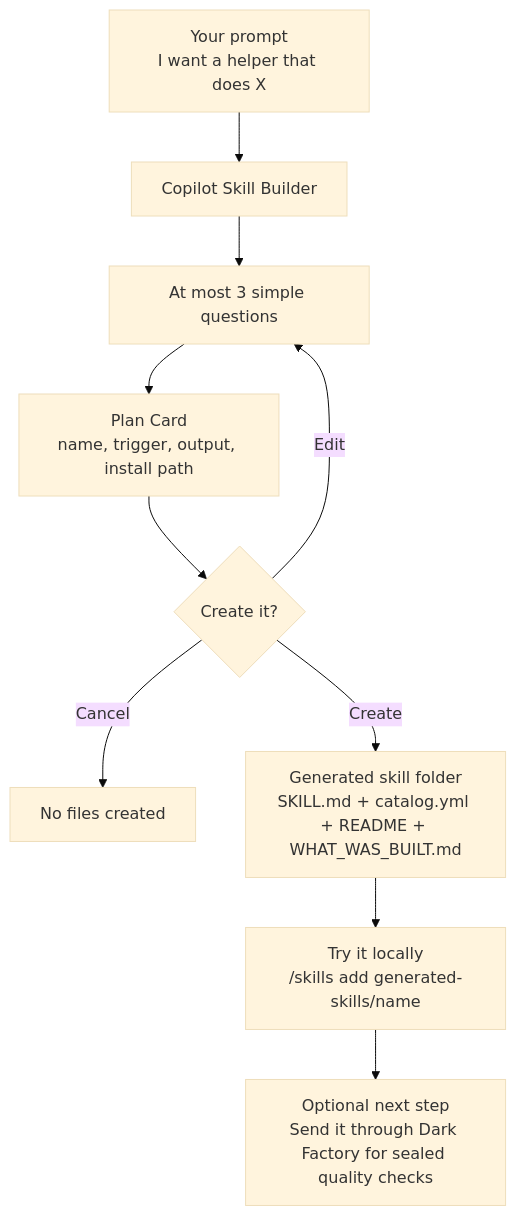
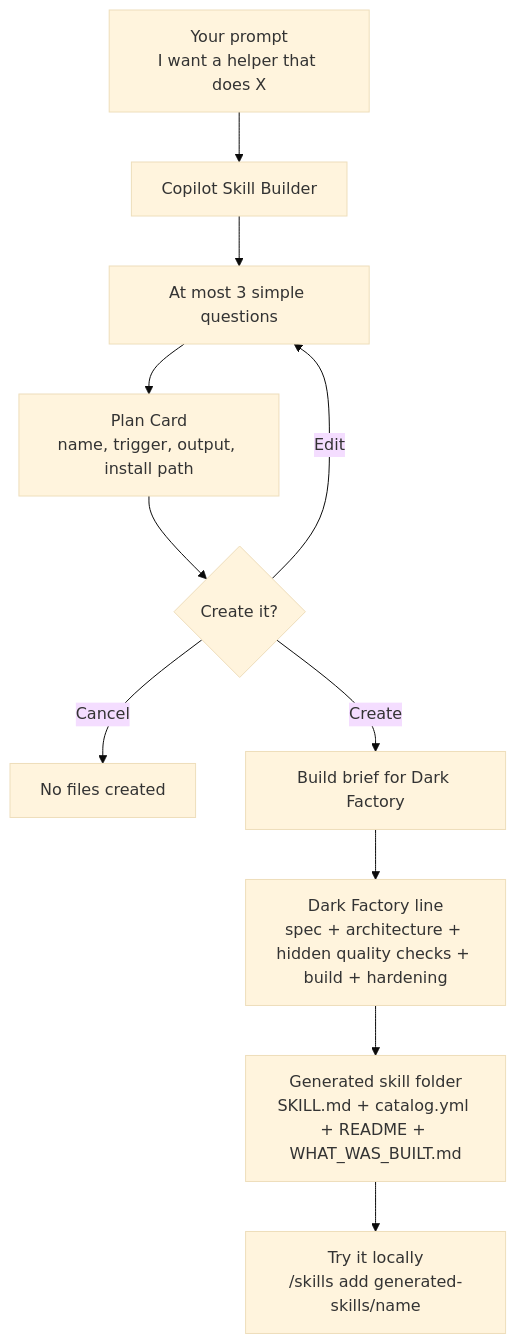
Before and after one commit to DUBSOpenHub/copilot-skill-builder: the diagram in README.md, drawn with Mermaid (base theme). The commit also changed other lines of this file and 3 other files, not shown here.

Commit message:
Route skill builds through Dark Factory

````diff
--- a/README.md
+++ b/README.md
@@ -45,12 +46,13 @@
 ```mermaid
 flowchart TD
     A["Your prompt<br/>I want a helper that does X"] --> B["Copilot Skill Builder"]
     B --> C["At most 3 simple questions"]
     C --> D["Plan Card<br/>name, trigger, output, install path"]
     D --> E{"Create it?"}
     E -- Edit --> C
     E -- Cancel --> Z["No files created"]
-    E -- Create --> F["Generated skill folder<br/>SKILL.md + catalog.yml + README + WHAT_WAS_BUILT.md"]
-    F --> G["Try it locally<br/>/skills add generated-skills/name"]
-    G --> H["Optional next step<br/>Send it through Dark Factory for sealed quality checks"]
+    E -- Create --> F["Build brief for Dark Factory"]
+    F --> G["Dark Factory line<br/>spec + architecture + hidden quality checks + build + hardening"]
+    G --> H["Generated skill folder<br/>SKILL.md + catalog.yml + README + WHAT_WAS_BUILT.md"]
+    H --> I["Try it locally<br/>/skills add generated-skills/name"]
 ```
````
